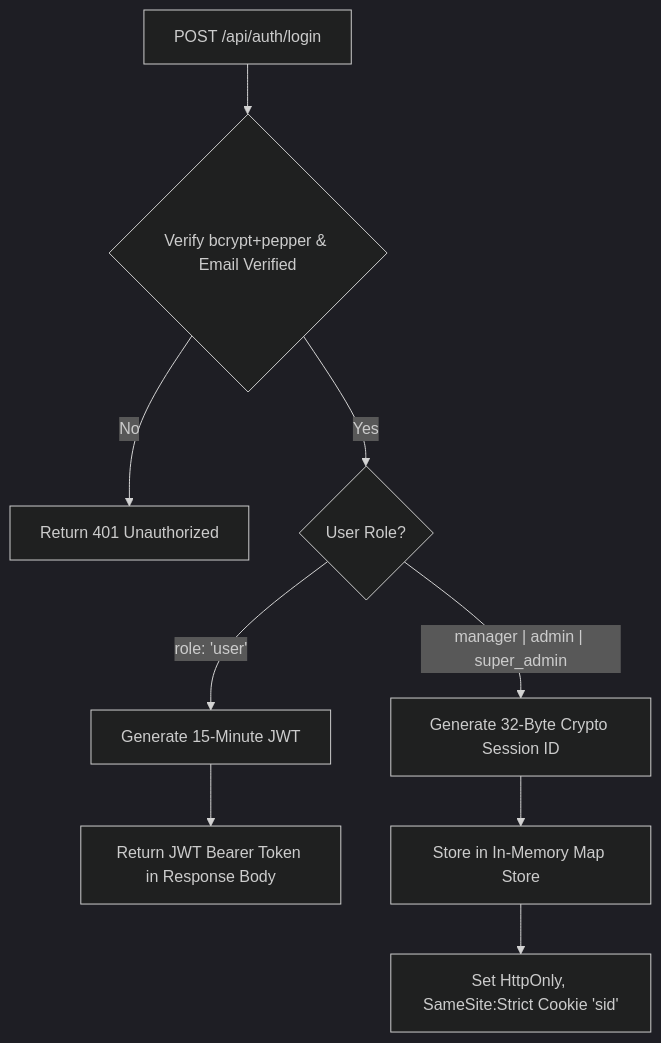
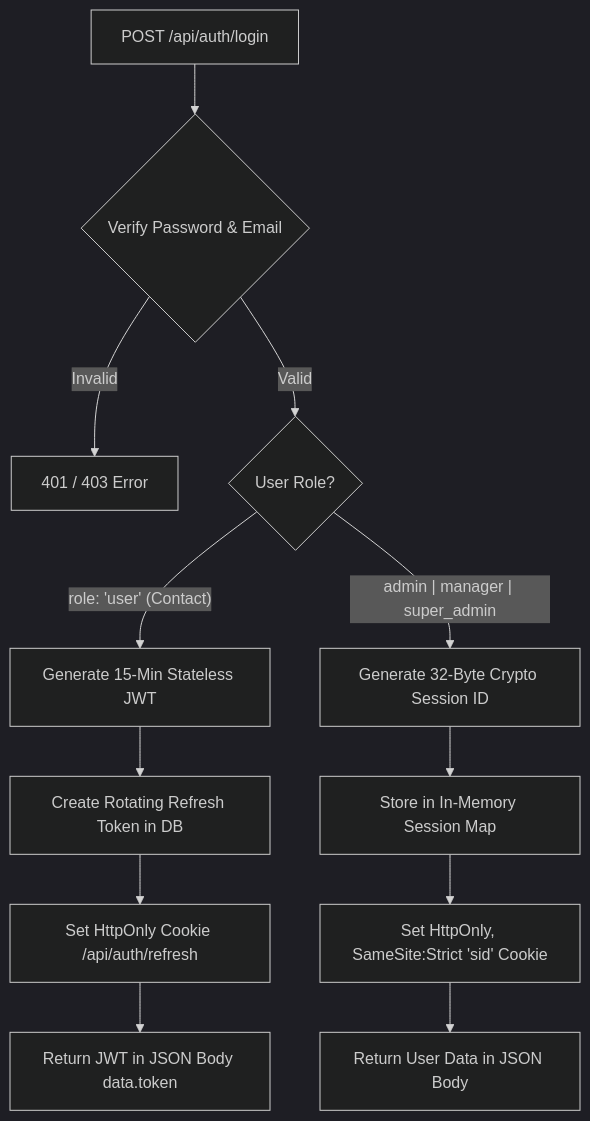
One commit to Dhrumil-Kharadi/Urban_Furniture changed the second of 9 diagrams in Doc/auth.md. Above: the diagram before and after it, drawn with Mermaid (dark theme). The commit also changed other lines of this file and 4 other files, not shown here.

````diff
--- a/Doc/auth.md
+++ b/Doc/auth.md
@@ -106,13 +93,16 @@
 ```mermaid
 flowchart TD
-    LoginReq[POST /api/auth/login] --> VerifyCreds{Verify bcrypt+pepper & Email Verified}
-    VerifyCreds -- No --> Err401[Return 401 Unauthorized]
-    VerifyCreds -- Yes --> CheckRole{User Role?}
+    LoginReq[POST /api/auth/login] --> VerifyAuth{Verify Password & Email}
+    VerifyAuth -- Invalid --> Err401[401 / 403 Error]
+    VerifyAuth -- Valid --> CheckRole{User Role?}
 
-    CheckRole -- "role: 'user'" --> GenerateJWT[Generate 15-Minute JWT]
-    GenerateJWT --> RetJWT[Return JWT Bearer Token in Response Body]
+    CheckRole -- "role: 'user' (Contact)" --> GenJWT[Generate 15-Min Stateless JWT]
+    GenJWT --> IssueRefresh[Create Rotating Refresh Token in DB]
+    IssueRefresh --> SetRefreshCookie[Set HttpOnly Cookie /api/auth/refresh]
+    SetRefreshCookie --> ReturnJWT[Return JWT in JSON Body data.token]
 
-    CheckRole -- "manager | admin | super_admin" --> GenerateSession[Generate 32-Byte Crypto Session ID]
-    GenerateSession --> StoreMap[Store in In-Memory Map Store]
-    StoreMap --> SetCookie[Set HttpOnly, SameSite:Strict Cookie 'sid']
+    CheckRole -- "admin | manager | super_admin" --> GenSessionId[Generate 32-Byte Crypto Session ID]
+    GenSessionId --> StoreSession[Store in In-Memory Session Map]
+    StoreSession --> SetSidCookie[Set HttpOnly, SameSite:Strict 'sid' Cookie]
+    SetSidCookie --> ReturnSession[Return User Data in JSON Body]
 ```
````
